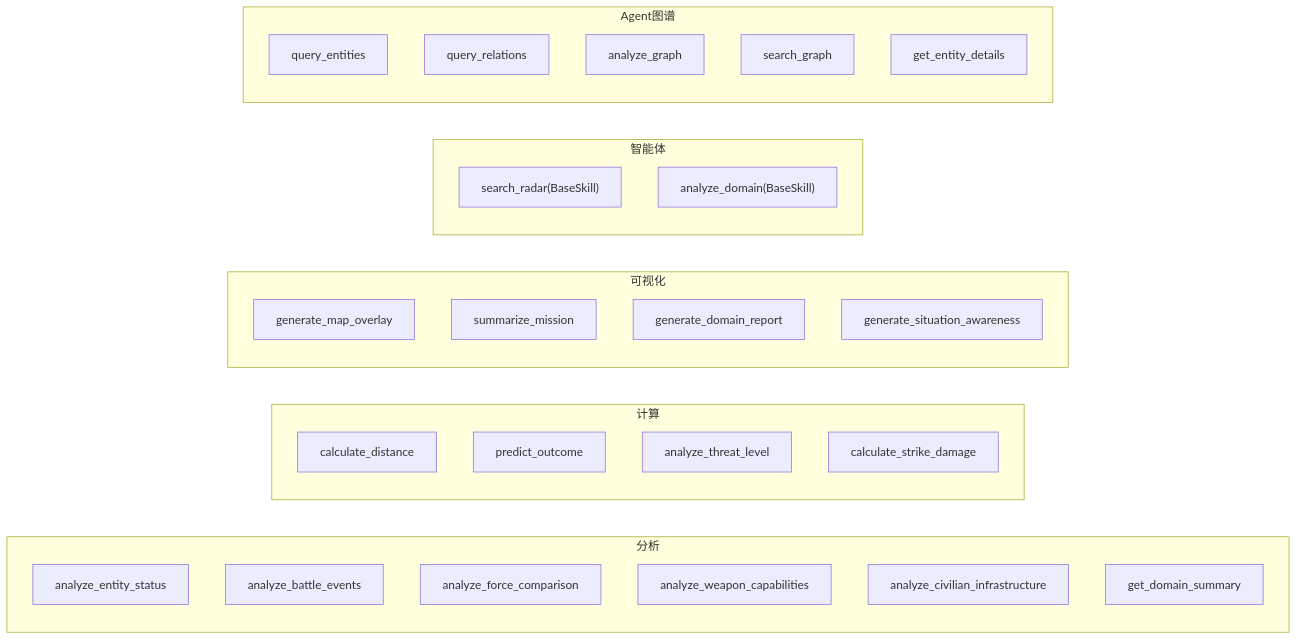
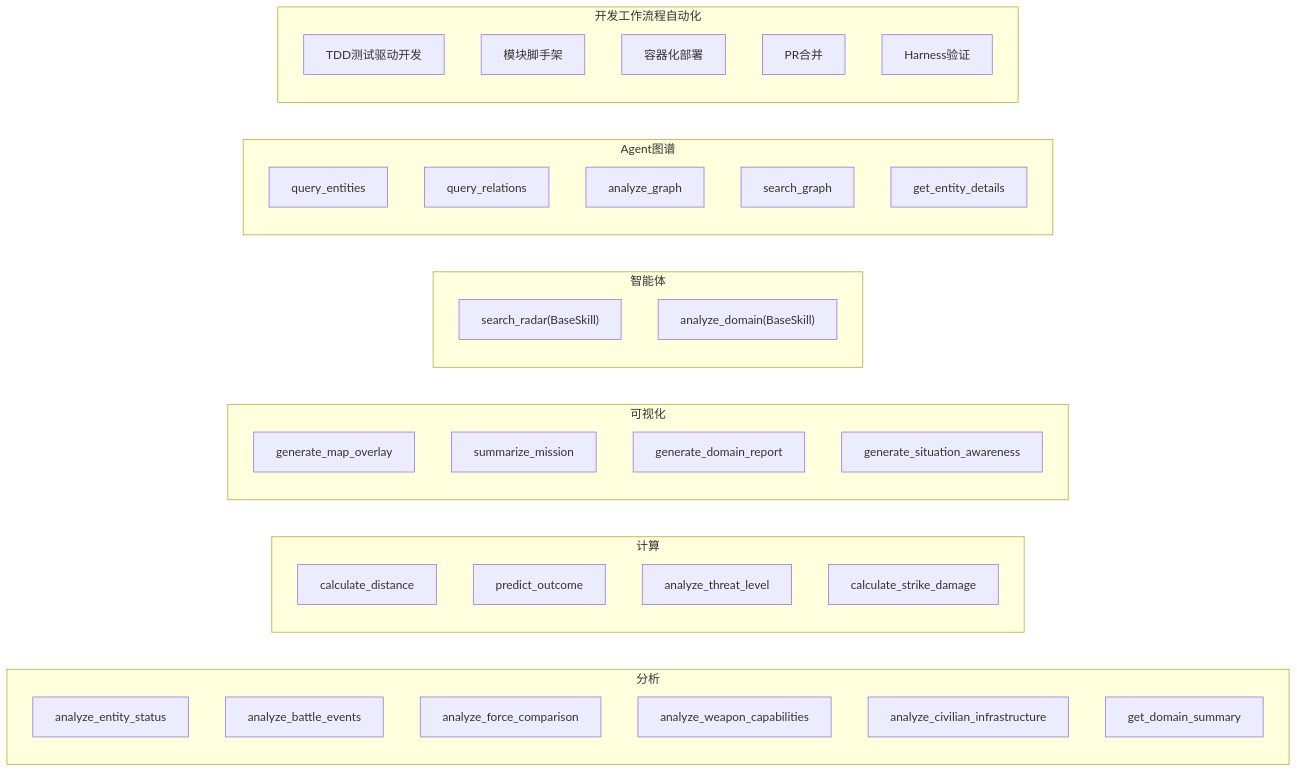
The seventh of 8 diagrams in .qoder/repowiki/zh/content/后端服务/工具技能系统/工具技能系统.md (inier/ontology-graphiti), drawn with Mermaid before and after one commit. The commit also changed other lines of this file and 875 other files, not shown here.

````diff
--- a/.qoder/repowiki/zh/content/后端服务/工具技能系统/工具技能系统.md
+++ b/.qoder/repowiki/zh/content/后端服务/工具技能系统/工具技能系统.md
@@ -326,34 +344,41 @@
 ```mermaid
 graph LR
 subgraph "分析"
 A1["analyze_entity_status"]
 A2["analyze_battle_events"]
 A3["analyze_force_comparison"]
 A4["analyze_weapon_capabilities"]
 A5["analyze_civilian_infrastructure"]
 A6["get_domain_summary"]
 end
 subgraph "计算"
 C1["calculate_distance"]
 C2["predict_outcome"]
 C3["analyze_threat_level"]
 C4["calculate_strike_damage"]
 end
 subgraph "可视化"
 V1["generate_map_overlay"]
 V2["summarize_mission"]
 V3["generate_domain_report"]
 V4["generate_situation_awareness"]
 end
 subgraph "智能体"
 I1["search_radar(BaseSkill)"]
 I2["analyze_domain(BaseSkill)"]
 end
 subgraph "Agent图谱"
 G1["query_entities"]
 G2["query_relations"]
 G3["analyze_graph"]
 G4["search_graph"]
 G5["get_entity_details"]
 end
+subgraph "开发工作流程自动化"
+D1["TDD测试驱动开发"]
+D2["模块脚手架"]
+D3["容器化部署"]
+D4["PR合并"]
+D5["Harness验证"]
+end
 ```
````
